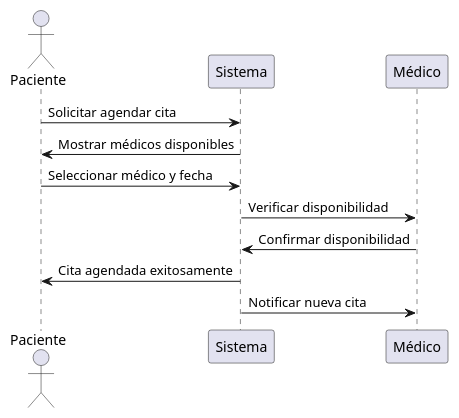
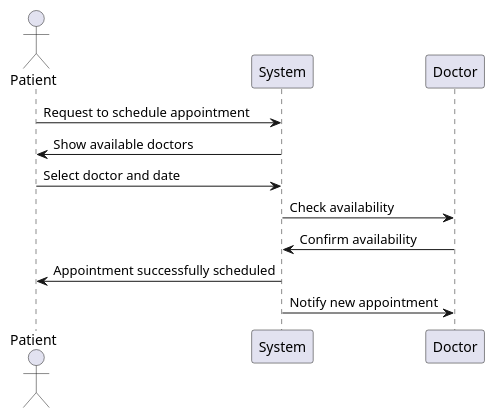
The diagram in docs/diagrams/sequence/secuencia.wsd (AFSB114/test-concept-adso-2899747), drawn with PlantUML before and after one commit. The commit also changed 11 other files, not shown here.

Commit message:
docs: translate all diagrams and documentation to English

```diff
--- a/docs/diagrams/sequence/secuencia.wsd
+++ b/docs/diagrams/sequence/secuencia.wsd
@@ -1,15 +1,15 @@
-@startuml Diagrama de Secuencia - Agendar Cita
+@startuml Sequence Diagram - Schedule Appointment
 
-actor Paciente as P
-participant "Sistema" as S
-participant "Médico" as M
+actor Patient as P
+participant "System" as S
+participant "Doctor" as M
 
-P -> S: Solicitar agendar cita
-S -> P: Mostrar médicos disponibles
-P -> S: Seleccionar médico y fecha
-S -> M: Verificar disponibilidad
-M -> S: Confirmar disponibilidad
-S -> P: Cita agendada exitosamente
-S -> M: Notificar nueva cita
+P -> S: Request to schedule appointment
+S -> P: Show available doctors
+P -> S: Select doctor and date
+S -> M: Check availability
+M -> S: Confirm availability
+S -> P: Appointment successfully scheduled
+S -> M: Notify new appointment
 
 @enduml
```
